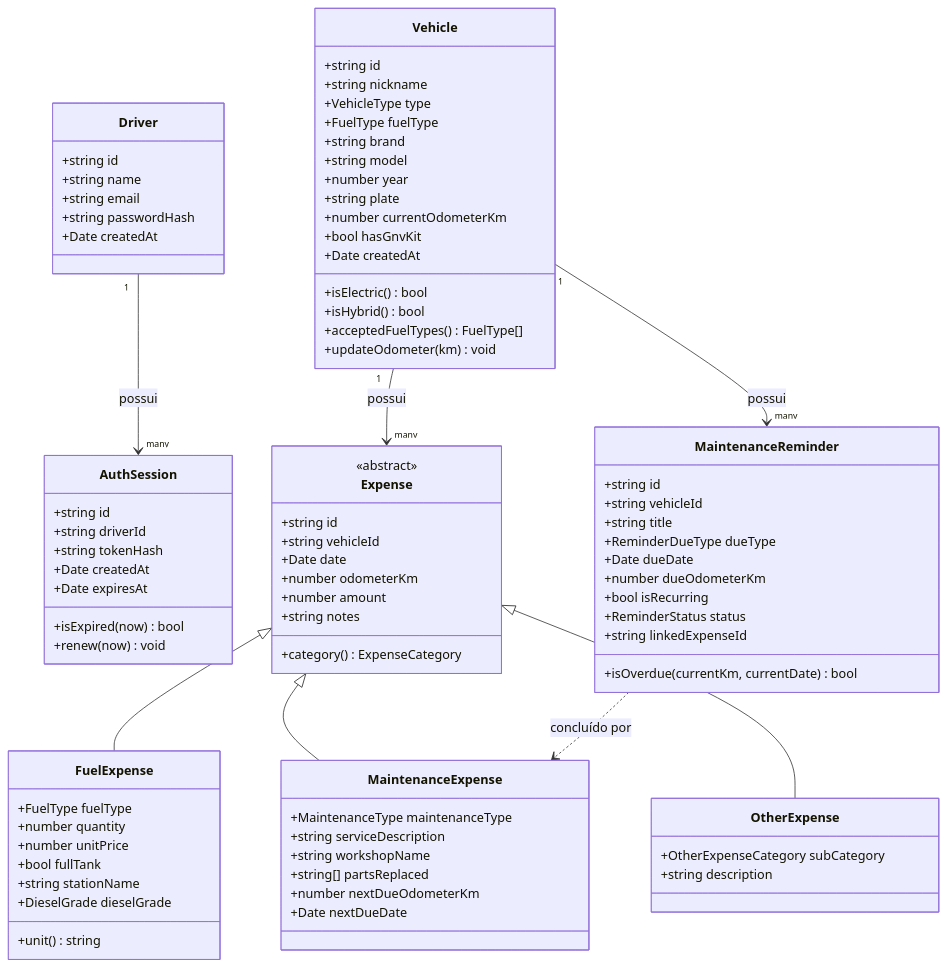
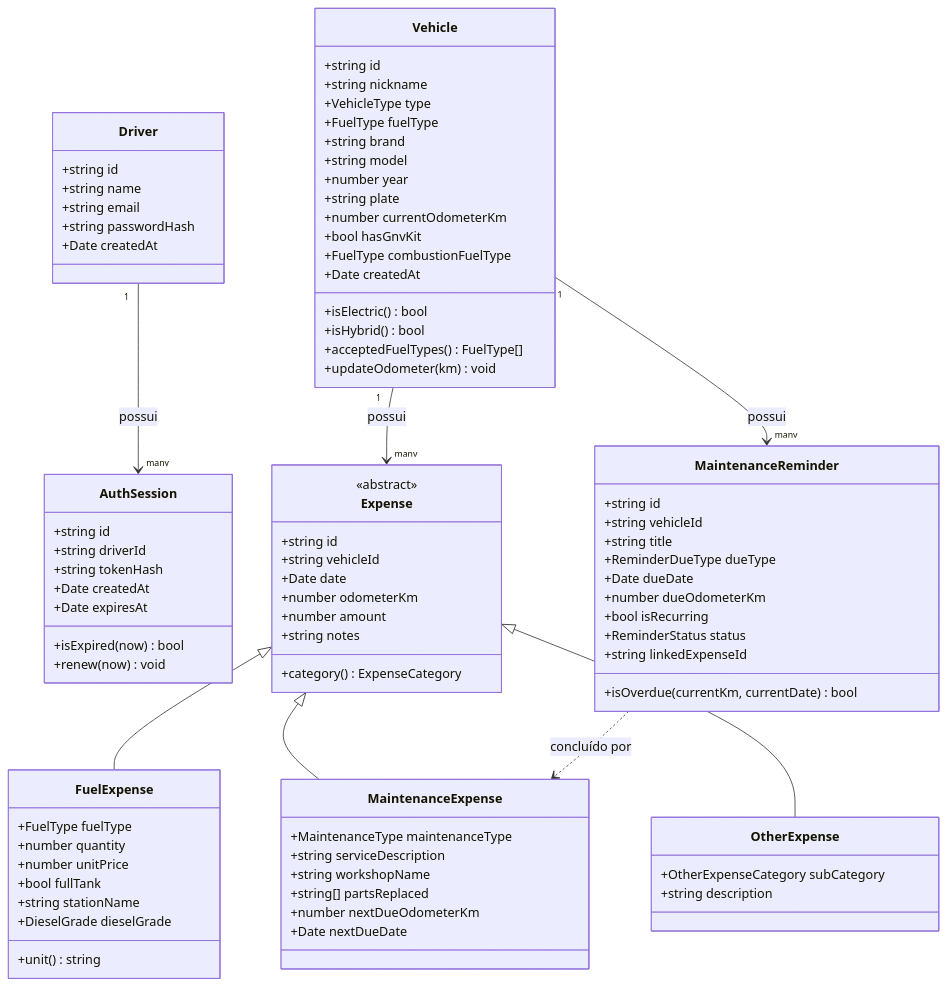
The diagram in docs/DOMAIN_MODEL.md (NicolasDamasceno/Auto-Mobile), drawn with Mermaid before and after one commit. The commit also changed other lines of this file and 7 other files, not shown here.

```diff
--- a/docs/DOMAIN_MODEL.md
+++ b/docs/DOMAIN_MODEL.md
@@ -35,6 +35,7 @@
         +string plate
         +number currentOdometerKm
         +bool hasGnvKit
+        +FuelType combustionFuelType
         +Date createdAt
         +isElectric() bool
         +isHybrid() bool
```
